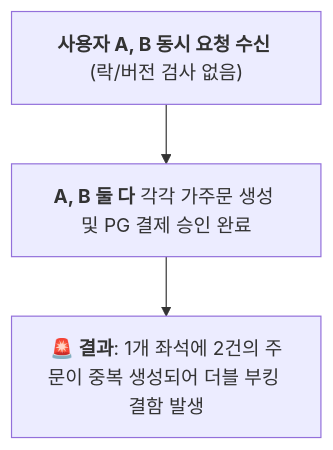
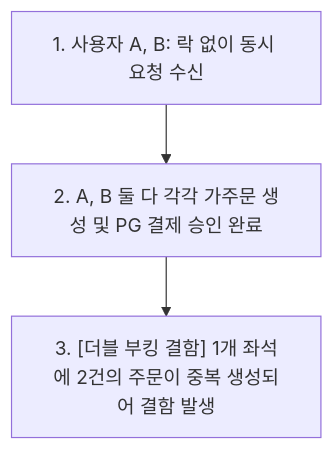
One commit to kikimansong/ticket-stream-v1 changed the fourth of 4 diagrams in process-flow.md. Above: the diagram before and after it, drawn with Mermaid. The commit also changed other lines of this file and 1 other file, not shown here.

````diff
--- a/process-flow.md
+++ b/process-flow.md
@@ -69,6 +69,6 @@
 ```mermaid
 flowchart TD
-    N1["<b>사용자 A, B 동시 요청 수신</b> (락/버전 검사 없음)"]
-    --> N2["<b>A, B 둘 다</b> 각각 가주문 생성 및 PG 결제 승인 완료"]
-    --> N3["<b>🚨 결과</b>: 1개 좌석에 2건의 주문이 중복 생성되어 더블 부킹 결함 발생"]
+    N1["1. 사용자 A, B: 락 없이 동시 요청 수신"]
+    --> N2["2. A, B 둘 다 각각 가주문 생성 및 PG 결제 승인 완료"]
+    --> N3["3. [더블 부킹 결함] 1개 좌석에 2건의 주문이 중복 생성되어 결함 발생"]
 ```
````
